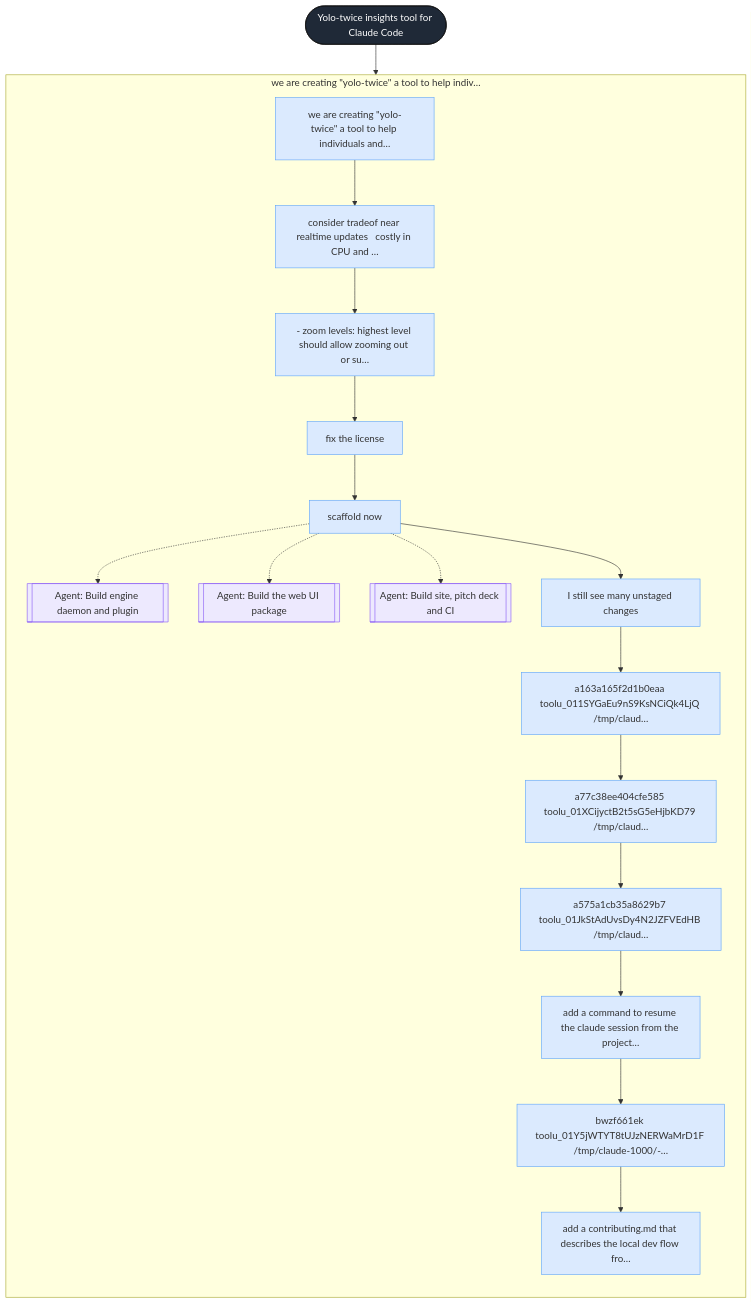
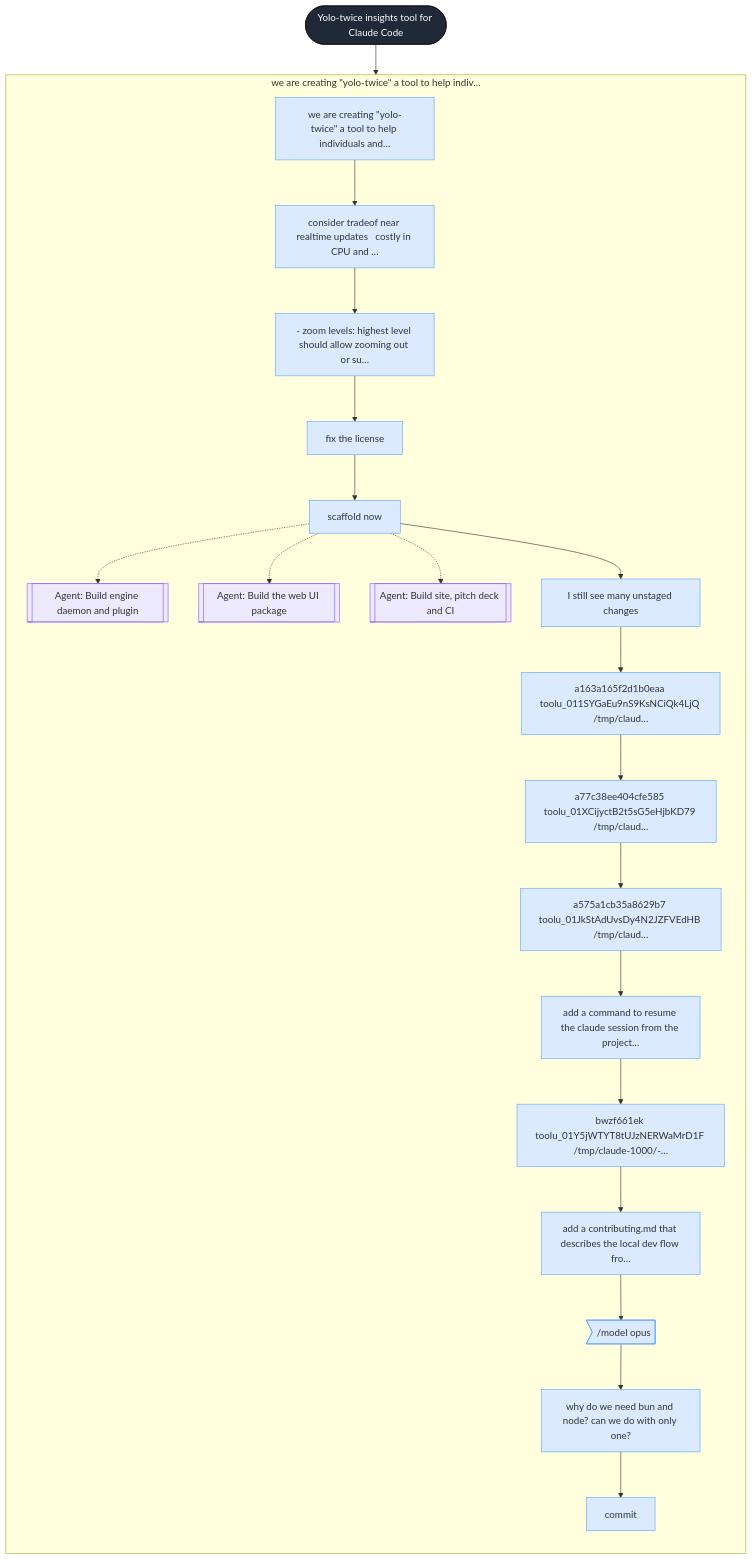
The diagram in .yolo-twice/sessions/34b27ceb-5af1-4142-8334-ab80a4310636/graph.mmd (bar9/yolo-twice), drawn with Mermaid before and after one commit. The commit also changed 6 other files, not shown here.

```diff
--- a/.yolo-twice/sessions/34b27ceb-5af1-4142-8334-ab80a4310636/graph.mmd
+++ b/.yolo-twice/sessions/34b27ceb-5af1-4142-8334-ab80a4310636/graph.mmd
@@ -1,60 +1,69 @@
 flowchart TD
   s_34b27ceb_5af1_4142_8334_ab80a4310636(["Yolo-twice insights tool for Claude Code"])
   subgraph p1 ["we are creating #quot;yolo-twice#quot; a tool to help indiv…"]
     direction TD
     t1["we are creating #quot;yolo-twice#quot; a tool to help individuals and…"]
     t2["consider tradeof near realtime updates   costly in CPU and …"]
     t3["- zoom levels: highest level should allow zooming out or su…"]
     t4["fix the license"]
     t5["scaffold now"]
     t5_s51[["Agent: Build engine daemon and plugin"]]
     t5_s52[["Agent: Build the web UI package"]]
     t5_s53[["Agent: Build site, pitch deck and CI"]]
     t6["I still see many unstaged changes"]
     t7["a163a165f2d1b0eaa toolu_011SYGaEu9nS9KsNCiQk4LjQ /tmp/claud…"]
     t8["a77c38ee404cfe585 toolu_01XCijyctB2t5sG5eHjbKD79 /tmp/claud…"]
     t9["a575a1cb35a8629b7 toolu_01JkStAdUvsDy4N2JZFVEdHB /tmp/claud…"]
     t10["add a command to resume the claude session from the project…"]
     t11["bwzf661ek toolu_01Y5jWTYT8tUJzNERWaMrD1F /tmp/claude-1000/-…"]
     t12["add a contributing.md that describes the local dev flow fro…"]
+    t13>"/model opus"]
+    t14["why do we need bun and node? can we do with only one?"]
+    t15["commit"]
   end
   s_34b27ceb_5af1_4142_8334_ab80a4310636 --> t1
   t1 --> t2
   t2 --> t3
   t3 --> t4
   t4 --> t5
   t5 -.-> t5_s51
   t5 -.-> t5_s52
   t5 -.-> t5_s53
   t5 --> t6
   t6 --> t7
   t7 --> t8
   t8 --> t9
   t9 --> t10
   t10 --> t11
   t11 --> t12
+  t12 --> t13
+  t13 --> t14
+  t14 --> t15
   classDef session fill:#1f2937,color:#fff,stroke:#111;
   classDef phase fill:#e5e7eb,stroke:#9ca3af;
   classDef turn fill:#dbeafe,stroke:#60a5fa;
   classDef branch fill:#fde68a,stroke:#d97706;
   classDef subagent fill:#ede9fe,stroke:#8b5cf6;
   classDef tool fill:#dcfce7,stroke:#22c55e;
   classDef error fill:#fee2e2,stroke:#ef4444;
   classDef text fill:#f3f4f6,stroke:#9ca3af;
   classDef thinking fill:#f3f4f6,stroke:#d1d5db,stroke-dasharray: 3 3;
   class s_34b27ceb_5af1_4142_8334_ab80a4310636 session;
   class t1 turn;
   class t2 turn;
   class t3 turn;
   class t4 turn;
   class t5 turn;
   class t5_s51 subagent;
   class t5_s52 subagent;
   class t5_s53 subagent;
   class t6 turn;
   class t7 turn;
   class t8 turn;
   class t9 turn;
   class t10 turn;
   class t11 turn;
   class t12 turn;
+  class t13 turn;
+  class t14 turn;
+  class t15 turn;
```
